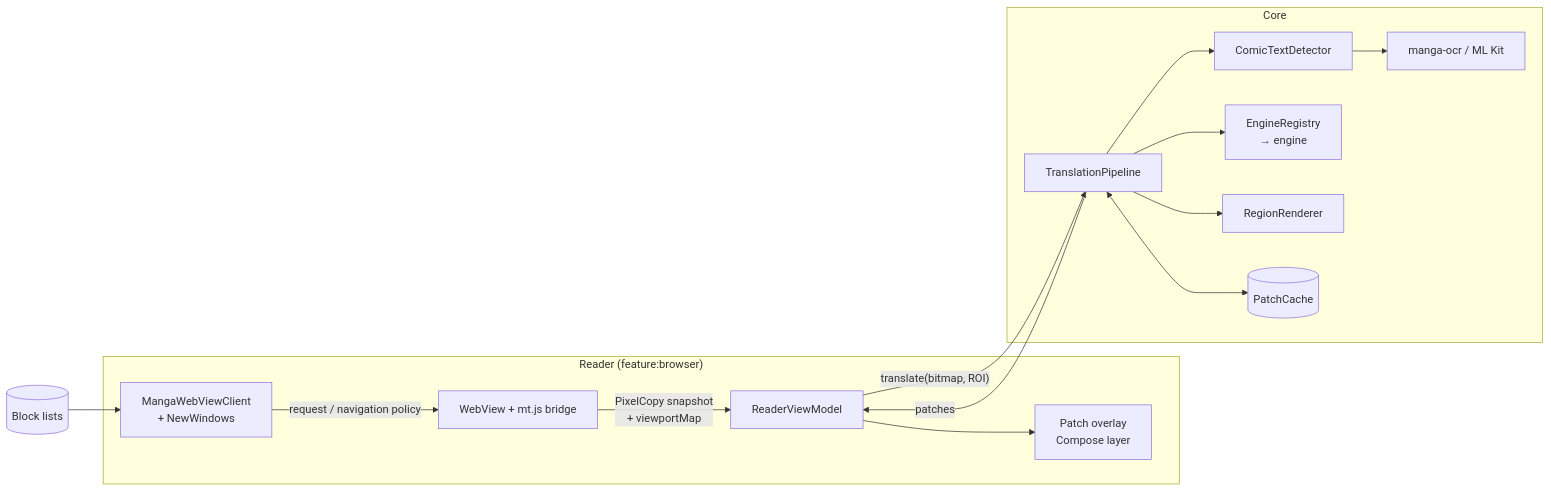
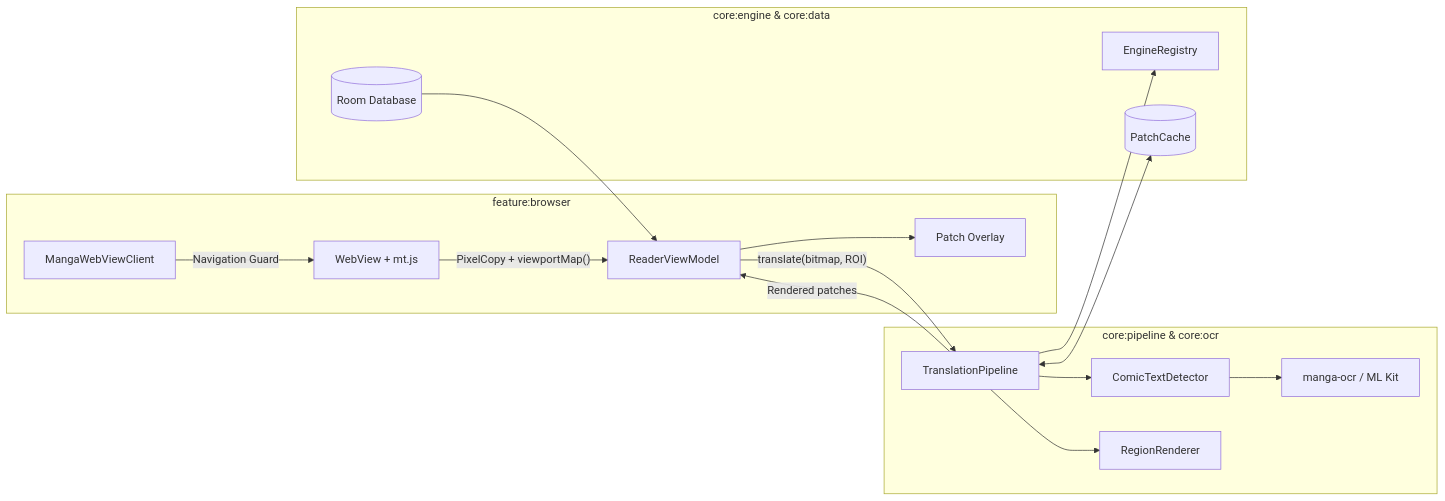
Before and after one commit to smnexstudio/Panelglass: the second of 2 diagrams in docs/ARCHITECTURE.md, drawn with Mermaid. The commit also changed other lines of this file and 39 other files, not shown here.

````diff
--- a/docs/ARCHITECTURE.md
+++ b/docs/ARCHITECTURE.md
@@ -185,28 +176,32 @@
 ```mermaid
 flowchart LR
-    subgraph Reader["Reader (feature:browser)"]
-        WV[WebView + mt.js bridge]
-        VM[ReaderViewModel]
-        OV[Patch overlay<br/>Compose layer]
-        WC[MangaWebViewClient<br/>+ NewWindows]
+    subgraph Browser["feature:browser"]
+        WV["WebView + mt.js"]
+        VM["ReaderViewModel"]
+        OV["Patch Overlay"]
+        WC["MangaWebViewClient"]
     end
-    subgraph Core
-        TP[TranslationPipeline]
-        DET[ComicTextDetector]
-        OCR[manga-ocr / ML Kit]
-        ENG[EngineRegistry<br/>→ engine]
-        REN[RegionRenderer]
-        PC[(PatchCache)]
+    
+    subgraph Pipeline["core:pipeline & core:ocr"]
+        TP["TranslationPipeline"]
+        DET["ComicTextDetector"]
+        OCR["manga-ocr / ML Kit"]
+        REN["RegionRenderer"]
     end
-    BL[(Block lists)]
+    
+    subgraph EngineData["core:engine & core:data"]
+        ENG["EngineRegistry"]
+        PC[("PatchCache")]
+        DB[("Room Database")]
+    end
 
-    WV -- PixelCopy snapshot<br/>+ viewportMap --> VM
-    VM -- translate(bitmap, ROI) --> TP
+    WV -->|"PixelCopy + viewportMap()"| VM
+    VM -->|"translate(bitmap, ROI)"| TP
     TP --> DET --> OCR
     TP --> ENG
     TP --> REN
     TP <--> PC
-    TP -- patches --> VM --> OV
-    WC -- request / navigation policy --> WV
-    BL --> WC
+    TP -->|"Rendered patches"| VM --> OV
+    WC -->|"Navigation Guard"| WV
+    DB --> VM
 ```
````
